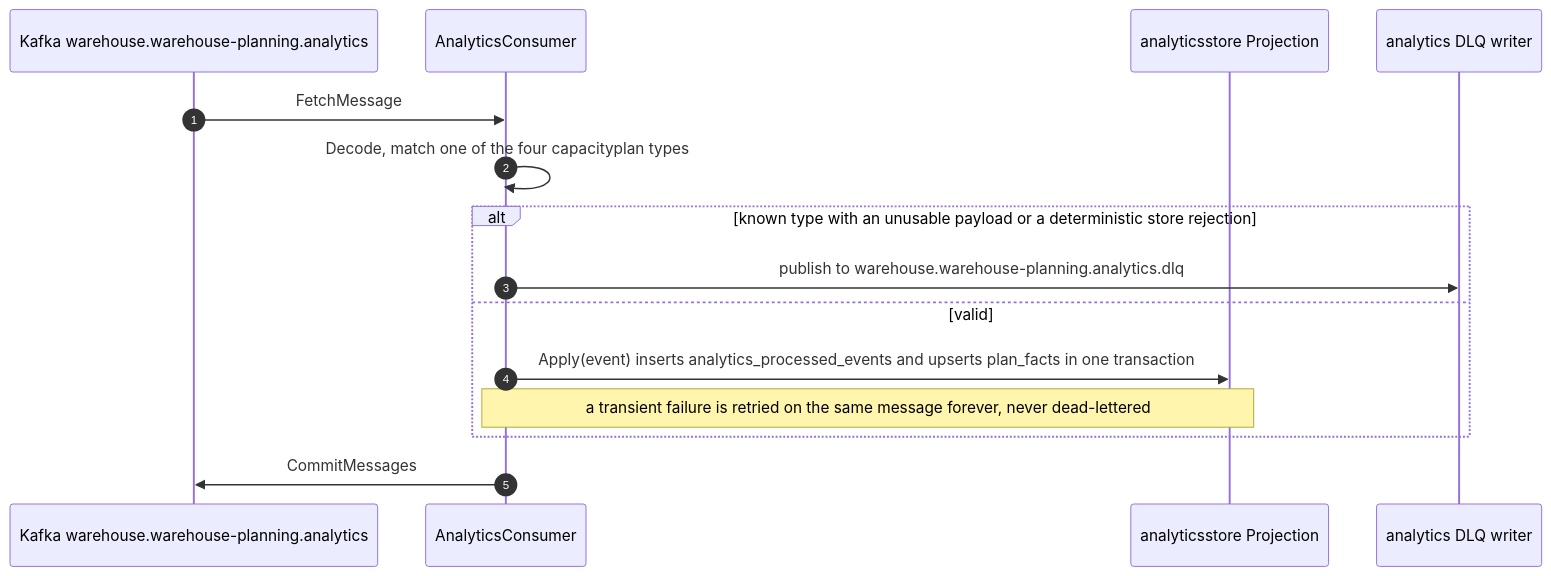
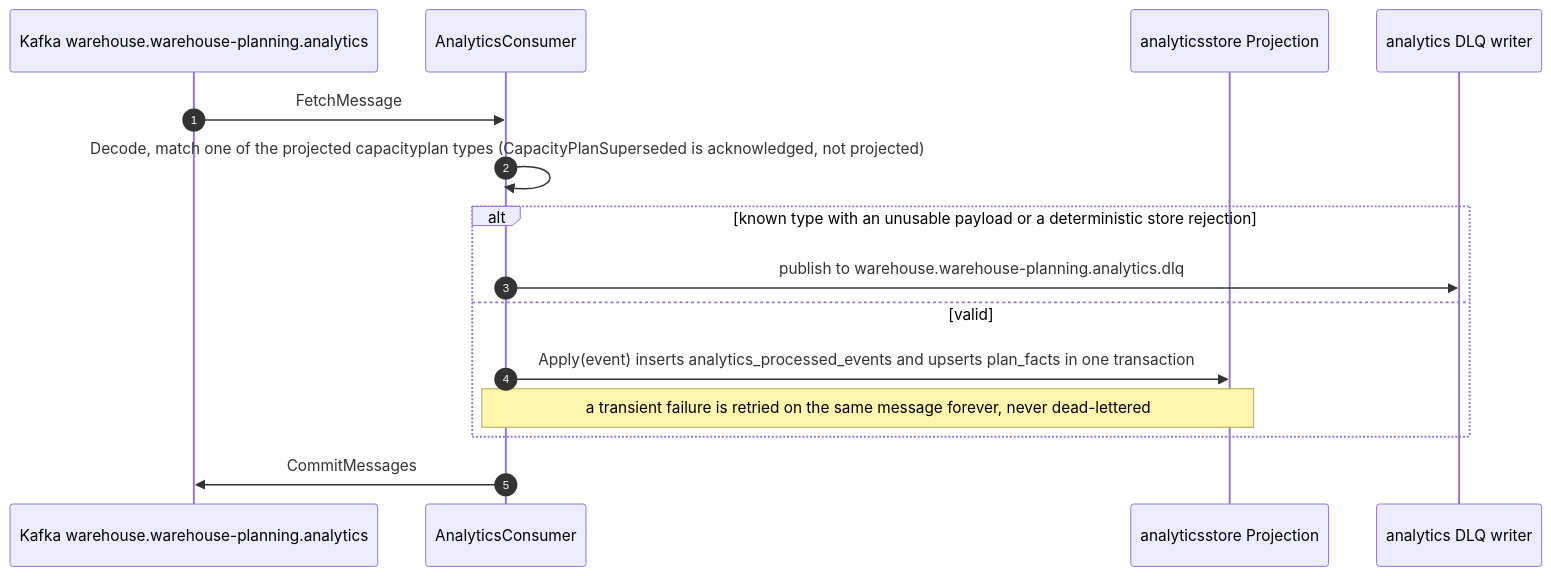
One commit to IQVO/warehouse-planning changed the ninth of 12 diagrams in docs/docs/ddd/sequence-diagrams.md. Above: the diagram before and after it, drawn with Mermaid. The commit also changed other lines of this file and 17 other files, not shown here.

````diff
--- a/docs/docs/ddd/sequence-diagrams.md
+++ b/docs/docs/ddd/sequence-diagrams.md
@@ -354,17 +359,17 @@
 ```mermaid
 sequenceDiagram
   autonumber
   participant K as Kafka warehouse.warehouse-planning.analytics
   participant A as AnalyticsConsumer
   participant PR as analyticsstore Projection
   participant DLQ as analytics DLQ writer
   K->>A: FetchMessage
-  A->>A: Decode, match one of the four capacityplan types
+  A->>A: Decode, match one of the projected capacityplan types (CapacityPlanSuperseded is acknowledged, not projected)
   alt known type with an unusable payload or a deterministic store rejection
     A->>DLQ: publish to warehouse.warehouse-planning.analytics.dlq
   else valid
     A->>PR: Apply(event) inserts analytics_processed_events and upserts plan_facts in one transaction
     Note over A,PR: a transient failure is retried on the same message forever, never dead-lettered
   end
   A->>K: CommitMessages
 ```
````
